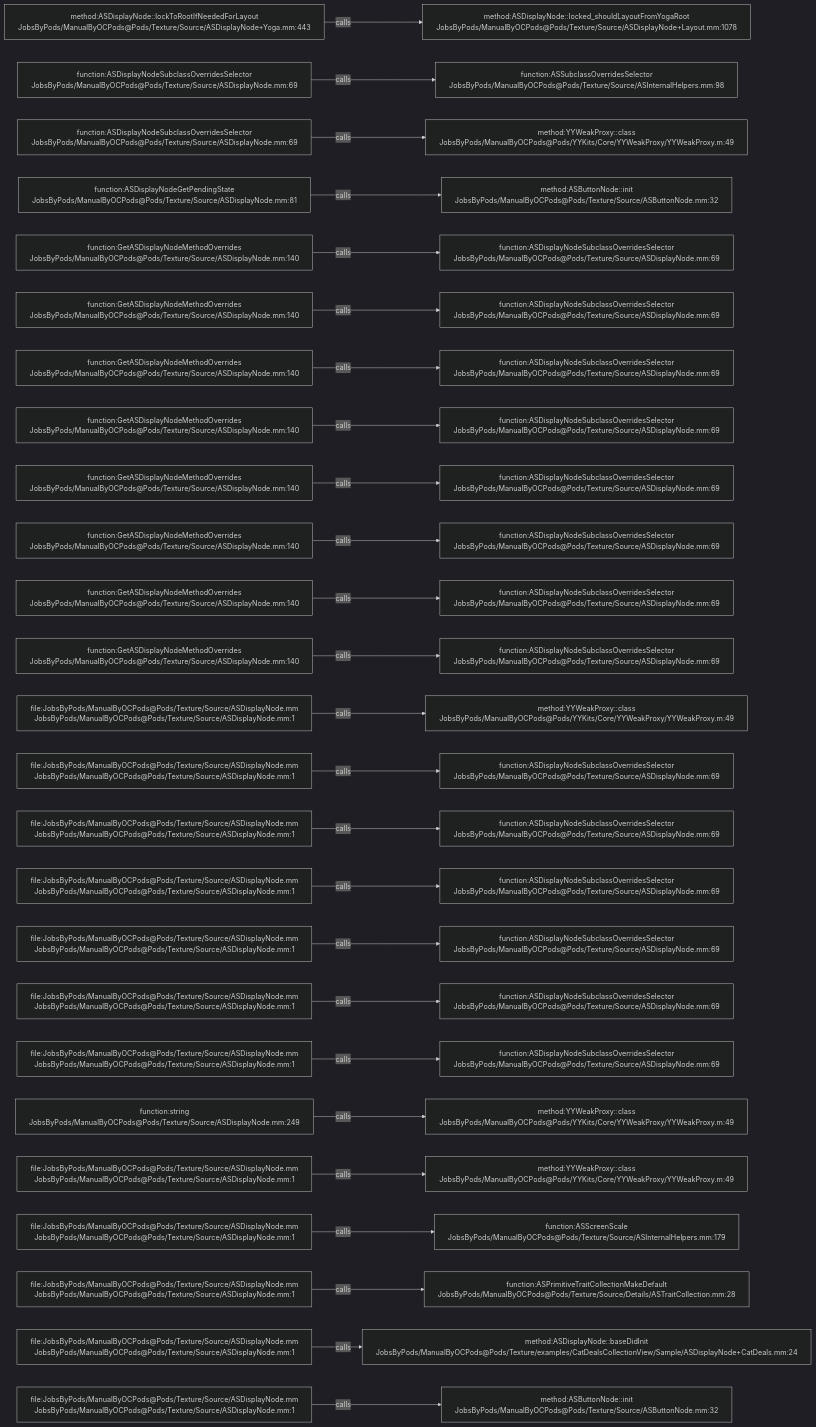
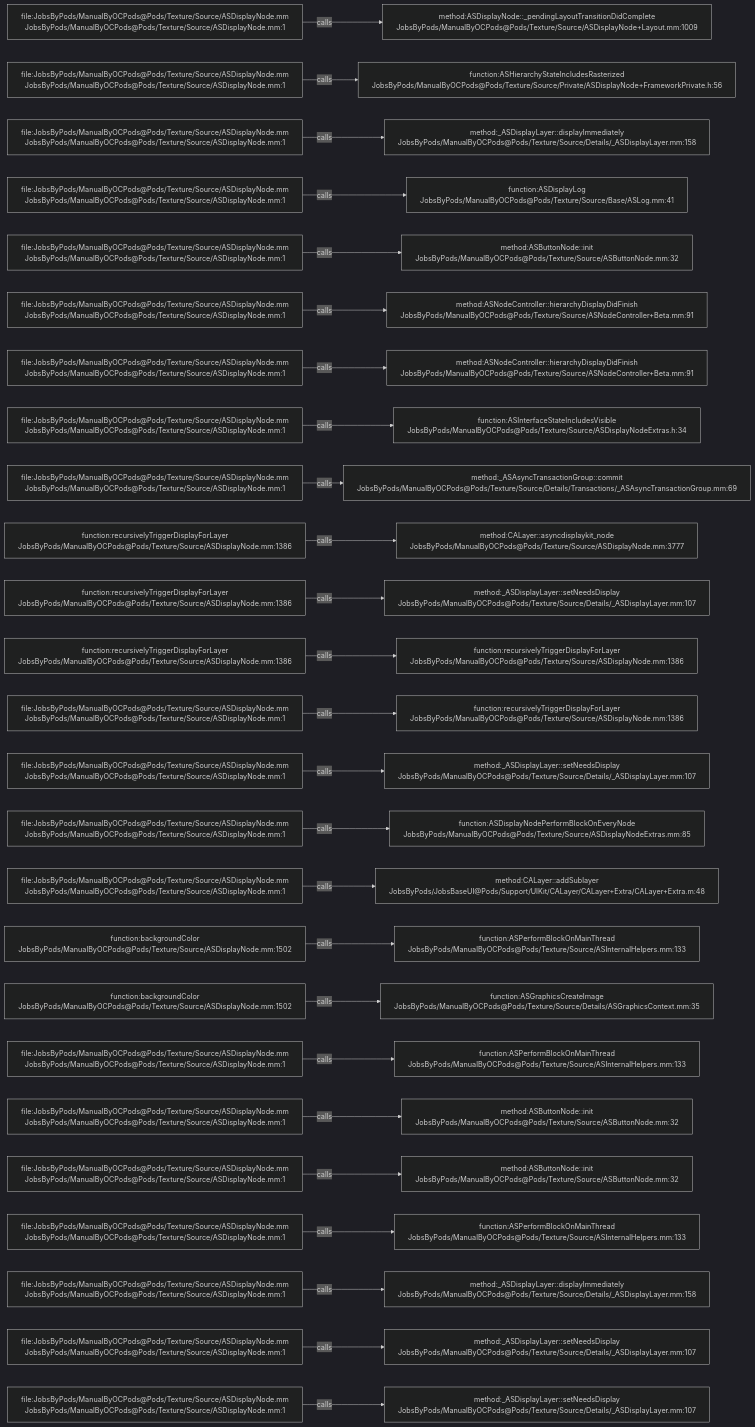
One commit to JobsKits/JobsOCBaseConfigDemo changed the diagram in .codegraph/codegraph.md/graphs/calls-097.md. Above: the diagram before and after it, drawn with Mermaid (dark theme). The commit also changed 1353 other files, not shown here.

````diff
--- a/.codegraph/codegraph.md/graphs/calls-097.md
+++ b/.codegraph/codegraph.md/graphs/calls-097.md
@@ -13,78 +13,78 @@
 ```mermaid
 flowchart LR
-  S1["method:ASDisplayNode::lockToRootIfNeededForLayout<br/>JobsByPods/ManualByOCPods@Pods/Texture/Source/ASDisplayNode+Yoga.mm:443"]
-  T1["method:ASDisplayNode::locked_shouldLayoutFromYogaRoot<br/>JobsByPods/ManualByOCPods@Pods/Texture/Source/ASDisplayNode+Layout.mm:1078"]
+  S1["file:JobsByPods/ManualByOCPods@Pods/Texture/Source/ASDisplayNode.mm<br/>JobsByPods/ManualByOCPods@Pods/Texture/Source/ASDisplayNode.mm:1"]
+  T1["method:ASDisplayNode::_pendingLayoutTransitionDidComplete<br/>JobsByPods/ManualByOCPods@Pods/Texture/Source/ASDisplayNode+Layout.mm:1009"]
   S1 -->|calls| T1
-  S2["function:ASDisplayNodeSubclassOverridesSelector<br/>JobsByPods/ManualByOCPods@Pods/Texture/Source/ASDisplayNode.mm:69"]
-  T2["function:ASSubclassOverridesSelector<br/>JobsByPods/ManualByOCPods@Pods/Texture/Source/ASInternalHelpers.mm:98"]
+  S2["file:JobsByPods/ManualByOCPods@Pods/Texture/Source/ASDisplayNode.mm<br/>JobsByPods/ManualByOCPods@Pods/Texture/Source/ASDisplayNode.mm:1"]
+  T2["function:ASHierarchyStateIncludesRasterized<br/>JobsByPods/ManualByOCPods@Pods/Texture/Source/Private/ASDisplayNode+FrameworkPrivate.h:56"]
   S2 -->|calls| T2
-  S3["function:ASDisplayNodeSubclassOverridesSelector<br/>JobsByPods/ManualByOCPods@Pods/Texture/Source/ASDisplayNode.mm:69"]
-  T3["method:YYWeakProxy::class<br/>JobsByPods/ManualByOCPods@Pods/YYKits/Core/YYWeakProxy/YYWeakProxy.m:49"]
+  S3["file:JobsByPods/ManualByOCPods@Pods/Texture/Source/ASDisplayNode.mm<br/>JobsByPods/ManualByOCPods@Pods/Texture/Source/ASDisplayNode.mm:1"]
+  T3["method:_ASDisplayLayer::displayImmediately<br/>JobsByPods/ManualByOCPods@Pods/Texture/Source/Details/_ASDisplayLayer.mm:158"]
   S3 -->|calls| T3
-  S4["function:ASDisplayNodeGetPendingState<br/>JobsByPods/ManualByOCPods@Pods/Texture/Source/ASDisplayNode.mm:81"]
-  T4["method:ASButtonNode::init<br/>JobsByPods/ManualByOCPods@Pods/Texture/Source/ASButtonNode.mm:32"]
+  S4["file:JobsByPods/ManualByOCPods@Pods/Texture/Source/ASDisplayNode.mm<br/>JobsByPods/ManualByOCPods@Pods/Texture/Source/ASDisplayNode.mm:1"]
+  T4["function:ASDisplayLog<br/>JobsByPods/ManualByOCPods@Pods/Texture/Source/Base/ASLog.mm:41"]
   S4 -->|calls| T4
-  S5["function:GetASDisplayNodeMethodOverrides<br/>JobsByPods/ManualByOCPods@Pods/Texture/Source/ASDisplayNode.mm:140"]
-  T5["function:ASDisplayNodeSubclassOverridesSelector<br/>JobsByPods/ManualByOCPods@Pods/Texture/Source/ASDisplayNode.mm:69"]
+  S5["file:JobsByPods/ManualByOCPods@Pods/Texture/Source/ASDisplayNode.mm<br/>JobsByPods/ManualByOCPods@Pods/Texture/Source/ASDisplayNode.mm:1"]
+  T5["method:ASButtonNode::init<br/>JobsByPods/ManualByOCPods@Pods/Texture/Source/ASButtonNode.mm:32"]
   S5 -->|calls| T5
-  S6["function:GetASDisplayNodeMethodOverrides<br/>JobsByPods/ManualByOCPods@Pods/Texture/Source/ASDisplayNode.mm:140"]
-  T6["function:ASDisplayNodeSubclassOverridesSelector<br/>JobsByPods/ManualByOCPods@Pods/Texture/Source/ASDisplayNode.mm:69"]
+  S6["file:JobsByPods/ManualByOCPods@Pods/Texture/Source/ASDisplayNode.mm<br/>JobsByPods/ManualByOCPods@Pods/Texture/Source/ASDisplayNode.mm:1"]
+  T6["method:ASNodeController::hierarchyDisplayDidFinish<br/>JobsByPods/ManualByOCPods@Pods/Texture/Source/ASNodeController+Beta.mm:91"]
   S6 -->|calls| T6
-  S7["function:GetASDisplayNodeMethodOverrides<br/>JobsByPods/ManualByOCPods@Pods/Texture/Source/ASDisplayNode.mm:140"]
-  T7["function:ASDisplayNodeSubclassOverridesSelector<br/>JobsByPods/ManualByOCPods@Pods/Texture/Source/ASDisplayNode.mm:69"]
+  S7["file:JobsByPods/ManualByOCPods@Pods/Texture/Source/ASDisplayNode.mm<br/>JobsByPods/ManualByOCPods@Pods/Texture/Source/ASDisplayNode.mm:1"]
+  T7["method:ASNodeController::hierarchyDisplayDidFinish<br/>JobsByPods/ManualByOCPods@Pods/Texture/Source/ASNodeController+Beta.mm:91"]
   S7 -->|calls| T7
-  S8["function:GetASDisplayNodeMethodOverrides<br/>JobsByPods/ManualByOCPods@Pods/Texture/Source/ASDisplayNode.mm:140"]
-  T8["function:ASDisplayNodeSubclassOverridesSelector<br/>JobsByPods/ManualByOCPods@Pods/Texture/Source/ASDisplayNode.mm:69"]
+  S8["file:JobsByPods/ManualByOCPods@Pods/Texture/Source/ASDisplayNode.mm<br/>JobsByPods/ManualByOCPods@Pods/Texture/Source/ASDisplayNode.mm:1"]
+  T8["function:ASInterfaceStateIncludesVisible<br/>JobsByPods/ManualByOCPods@Pods/Texture/Source/ASDisplayNodeExtras.h:34"]
   S8 -->|calls| T8
-  S9["function:GetASDisplayNodeMethodOverrides<br/>JobsByPods/ManualByOCPods@Pods/Texture/Source/ASDisplayNode.mm:140"]
-  T9["function:ASDisplayNodeSubclassOverridesSelector<br/>JobsByPods/ManualByOCPods@Pods/Texture/Source/ASDisplayNode.mm:69"]
+  S9["file:JobsByPods/ManualByOCPods@Pods/Texture/Source/ASDisplayNode.mm<br/>JobsByPods/ManualByOCPods@Pods/Texture/Source/ASDisplayNode.mm:1"]
+  T9["method:_ASAsyncTransactionGroup::commit<br/>JobsByPods/ManualByOCPods@Pods/Texture/Source/Details/Transactions/_ASAsyncTransactionGroup.mm:69"]
   S9 -->|calls| T9
-  S10["function:GetASDisplayNodeMethodOverrides<br/>JobsByPods/ManualByOCPods@Pods/Texture/Source/ASDisplayNode.mm:140"]
-  T10["function:ASDisplayNodeSubclassOverridesSelector<br/>JobsByPods/ManualByOCPods@Pods/Texture/Source/ASDisplayNode.mm:69"]
+  S10["function:recursivelyTriggerDisplayForLayer<br/>JobsByPods/ManualByOCPods@Pods/Texture/Source/ASDisplayNode.mm:1386"]
+  T10["method:CALayer::asyncdisplaykit_node<br/>JobsByPods/ManualByOCPods@Pods/Texture/Source/ASDisplayNode.mm:3777"]
   S10 -->|calls| T10
-  S11["function:GetASDisplayNodeMethodOverrides<br/>JobsByPods/ManualByOCPods@Pods/Texture/Source/ASDisplayNode.mm:140"]
-  T11["function:ASDisplayNodeSubclassOverridesSelector<br/>JobsByPods/ManualByOCPods@Pods/Texture/Source/ASDisplayNode.mm:69"]
+  S11["function:recursivelyTriggerDisplayForLayer<br/>JobsByPods/ManualByOCPods@Pods/Texture/Source/ASDisplayNode.mm:1386"]
+  T11["method:_ASDisplayLayer::setNeedsDisplay<br/>JobsByPods/ManualByOCPods@Pods/Texture/Source/Details/_ASDisplayLayer.mm:107"]
   S11 -->|calls| T11
-  S12["function:GetASDisplayNodeMethodOverrides<br/>JobsByPods/ManualByOCPods@Pods/Texture/Source/ASDisplayNode.mm:140"]
-  T12["function:ASDisplayNodeSubclassOverridesSelector<br/>JobsByPods/ManualByOCPods@Pods/Texture/Source/ASDisplayNode.mm:69"]
+  S12["function:recursivelyTriggerDisplayForLayer<br/>JobsByPods/ManualByOCPods@Pods/Texture/Source/ASDisplayNode.mm:1386"]
+  T12["function:recursivelyTriggerDisplayForLayer<br/>JobsByPods/ManualByOCPods@Pods/Texture/Source/ASDisplayNode.mm:1386"]
   S12 -->|calls| T12
   S13["file:JobsByPods/ManualByOCPods@Pods/Texture/Source/ASDisplayNode.mm<br/>JobsByPods/ManualByOCPods@Pods/Texture/Source/ASDisplayNode.mm:1"]
-  T13["method:YYWeakProxy::class<br/>JobsByPods/ManualByOCPods@Pods/YYKits/Core/YYWeakProxy/YYWeakProxy.m:49"]
+  T13["function:recursivelyTriggerDisplayForLayer<br/>JobsByPods/ManualByOCPods@Pods/Texture/Source/ASDisplayNode.mm:1386"]
   S13 -->|calls| T13
   S14["file:JobsByPods/ManualByOCPods@Pods/Texture/Source/ASDisplayNode.mm<br/>JobsByPods/ManualByOCPods@Pods/Texture/Source/ASDisplayNode.mm:1"]
-  T14["function:ASDisplayNodeSubclassOverridesSelector<br/>JobsByPods/ManualByOCPods@Pods/Texture/Source/ASDisplayNode.mm:69"]
+  T14["method:_ASDisplayLayer::setNeedsDisplay<br/>JobsByPods/ManualByOCPods@Pods/Texture/Source/Details/_ASDisplayLayer.mm:107"]
   S14 -->|calls| T14
   S15["file:JobsByPods/ManualByOCPods@Pods/Texture/Source/ASDisplayNode.mm<br/>JobsByPods/ManualByOCPods@Pods/Texture/Source/ASDisplayNode.mm:1"]
-  T15["function:ASDisplayNodeSubclassOverridesSelector<br/>JobsByPods/ManualByOCPods@Pods/Texture/Source/ASDisplayNode.mm:69"]
+  T15["function:ASDisplayNodePerformBlockOnEveryNode<br/>JobsByPods/ManualByOCPods@Pods/Texture/Source/ASDisplayNodeExtras.mm:85"]
   S15 -->|calls| T15
   S16["file:JobsByPods/ManualByOCPods@Pods/Texture/Source/ASDisplayNode.mm<br/>JobsByPods/ManualByOCPods@Pods/Texture/Source/ASDisplayNode.mm:1"]
-  T16["function:ASDisplayNodeSubclassOverridesSelector<br/>JobsByPods/ManualByOCPods@Pods/Texture/Source/ASDisplayNode.mm:69"]
+  T16["method:CALayer::addSublayer<br/>JobsByPods/JobsBaseUI@Pods/Support/UIKit/CALayer/CALayer+Extra/CALayer+Extra.m:48"]
   S16 -->|calls| T16
-  S17["file:JobsByPods/ManualByOCPods@Pods/Texture/Source/ASDisplayNode.mm<br/>JobsByPods/ManualByOCPods@Pods/Texture/Source/ASDisplayNode.mm:1"]
-  T17["function:ASDisplayNodeSubclassOverridesSelector<br/>JobsByPods/ManualByOCPods@Pods/Texture/Source/ASDisplayNode.mm:69"]
+  S17["function:backgroundColor<br/>JobsByPods/ManualByOCPods@Pods/Texture/Source/ASDisplayNode.mm:1502"]
+  T17["function:ASPerformBlockOnMainThread<br/>JobsByPods/ManualByOCPods@Pods/Texture/Source/ASInternalHelpers.mm:133"]
   S17 -->|calls| T17
-  S18["file:JobsByPods/ManualByOCPods@Pods/Texture/Source/ASDisplayNode.mm<br/>JobsByPods/ManualByOCPods@Pods/Texture/Source/ASDisplayNode.mm:1"]
-  T18["function:ASDisplayNodeSubclassOverridesSelector<br/>JobsByPods/ManualByOCPods@Pods/Texture/Source/ASDisplayNode.mm:69"]
+  S18["function:backgroundColor<br/>JobsByPods/ManualByOCPods@Pods/Texture/Source/ASDisplayNode.mm:1502"]
+  T18["function:ASGraphicsCreateImage<br/>JobsByPods/ManualByOCPods@Pods/Texture/Source/Details/ASGraphicsContext.mm:35"]
   S18 -->|calls| T18
   S19["file:JobsByPods/ManualByOCPods@Pods/Texture/Source/ASDisplayNode.mm<br/>JobsByPods/ManualByOCPods@Pods/Texture/Source/ASDisplayNode.mm:1"]
-  T19["function:ASDisplayNodeSubclassOverridesSelector<br/>JobsByPods/ManualByOCPods@Pods/Texture/Source/ASDisplayNode.mm:69"]
+  T19["function:ASPerformBlockOnMainThread<br/>JobsByPods/ManualByOCPods@Pods/Texture/Source/ASInternalHelpers.mm:133"]
   S19 -->|calls| T19
-  S20["function:string<br/>JobsByPods/ManualByOCPods@Pods/Texture/Source/ASDisplayNode.mm:249"]
-  T20["method:YYWeakProxy::class<br/>JobsByPods/ManualByOCPods@Pods/YYKits/Core/YYWeakProxy/YYWeakProxy.m:49"]
+  S20["file:JobsByPods/ManualByOCPods@Pods/Texture/Source/ASDisplayNode.mm<br/>JobsByPods/ManualByOCPods@Pods/Texture/Source/ASDisplayNode.mm:1"]
+  T20["method:ASButtonNode::init<br/>JobsByPods/ManualByOCPods@Pods/Texture/Source/ASButtonNode.mm:32"]
   S20 -->|calls| T20
   S21["file:JobsByPods/ManualByOCPods@Pods/Texture/Source/ASDisplayNode.mm<br/>JobsByPods/ManualByOCPods@Pods/Texture/Source/ASDisplayNode.mm:1"]
-  T21["method:YYWeakProxy::class<br/>JobsByPods/ManualByOCPods@Pods/YYKits/Core/YYWeakProxy/YYWeakProxy.m:49"]
+  T21["method:ASButtonNode::init<br/>JobsByPods/ManualByOCPods@Pods/Texture/Source/ASButtonNode.mm:32"]
   S21 -->|calls| T21
   S22["file:JobsByPods/ManualByOCPods@Pods/Texture/Source/ASDisplayNode.mm<br/>JobsByPods/ManualByOCPods@Pods/Texture/Source/ASDisplayNode.mm:1"]
-  T22["function:ASScreenScale<br/>JobsByPods/ManualByOCPods@Pods/Texture/Source/ASInternalHelpers.mm:179"]
+  T22["function:ASPerformBlockOnMainThread<br/>JobsByPods/ManualByOCPods@Pods/Texture/Source/ASInternalHelpers.mm:133"]
   S22 -->|calls| T22
   S23["file:JobsByPods/ManualByOCPods@Pods/Texture/Source/ASDisplayNode.mm<br/>JobsByPods/ManualByOCPods@Pods/Texture/Source/ASDisplayNode.mm:1"]
-  T23["function:ASPrimitiveTraitCollectionMakeDefault<br/>JobsByPods/ManualByOCPods@Pods/Texture/Source/Details/ASTraitCollection.mm:28"]
+  T23["method:_ASDisplayLayer::displayImmediately<br/>JobsByPods/ManualByOCPods@Pods/Texture/Source/Details/_ASDisplayLayer.mm:158"]
   S23 -->|calls| T23
   S24["file:JobsByPods/ManualByOCPods@Pods/Texture/Source/ASDisplayNode.mm<br/>JobsByPods/ManualByOCPods@Pods/Texture/Source/ASDisplayNode.mm:1"]
-  T24["method:ASDisplayNode::baseDidInit<br/>JobsByPods/ManualByOCPods@Pods/Texture/examples/CatDealsCollectionView/Sample/ASDisplayNode+CatDeals.mm:24"]
+  T24["method:_ASDisplayLayer::setNeedsDisplay<br/>JobsByPods/ManualByOCPods@Pods/Texture/Source/Details/_ASDisplayLayer.mm:107"]
   S24 -->|calls| T24
   S25["file:JobsByPods/ManualByOCPods@Pods/Texture/Source/ASDisplayNode.mm<br/>JobsByPods/ManualByOCPods@Pods/Texture/Source/ASDisplayNode.mm:1"]
-  T25["method:ASButtonNode::init<br/>JobsByPods/ManualByOCPods@Pods/Texture/Source/ASButtonNode.mm:32"]
+  T25["method:_ASDisplayLayer::setNeedsDisplay<br/>JobsByPods/ManualByOCPods@Pods/Texture/Source/Details/_ASDisplayLayer.mm:107"]
   S25 -->|calls| T25
 ```
````
